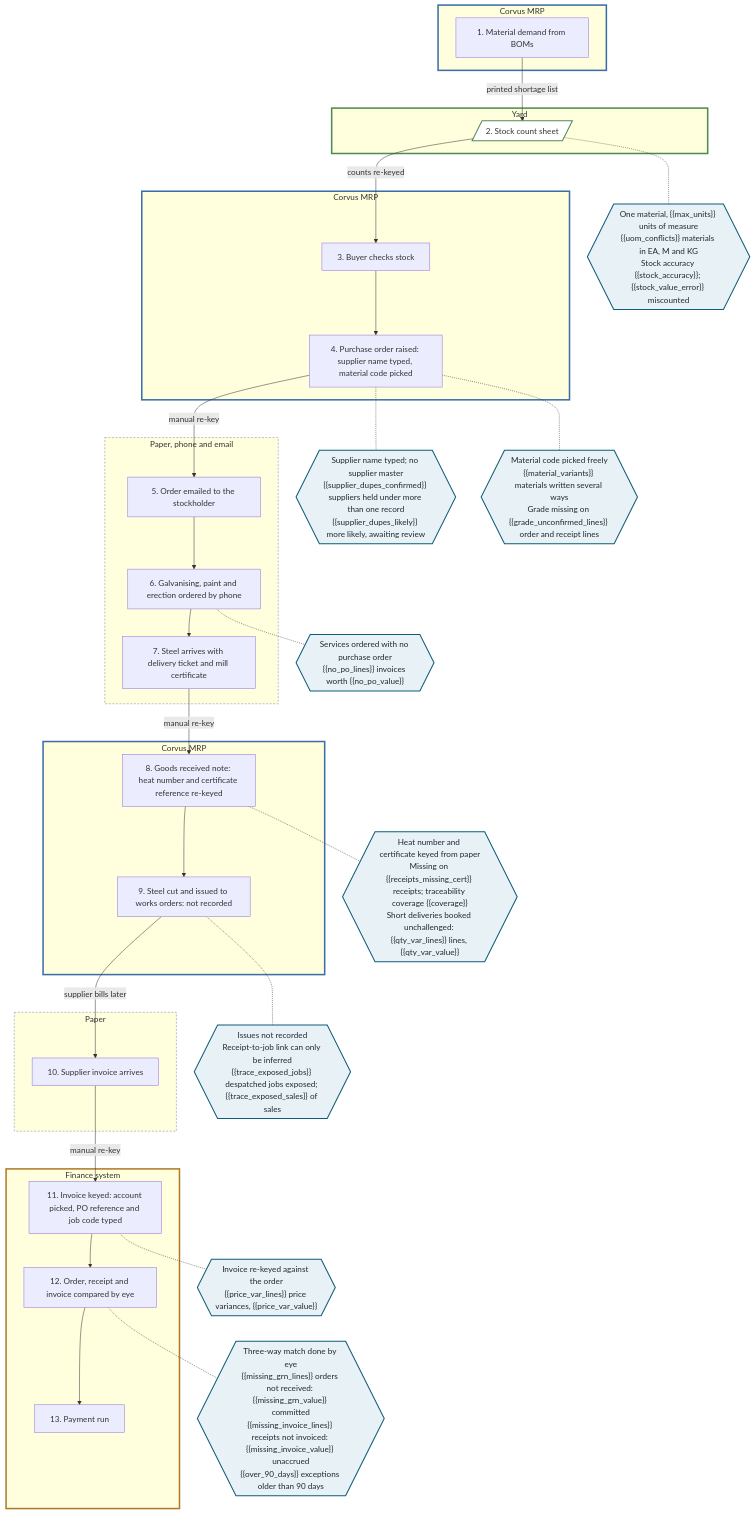
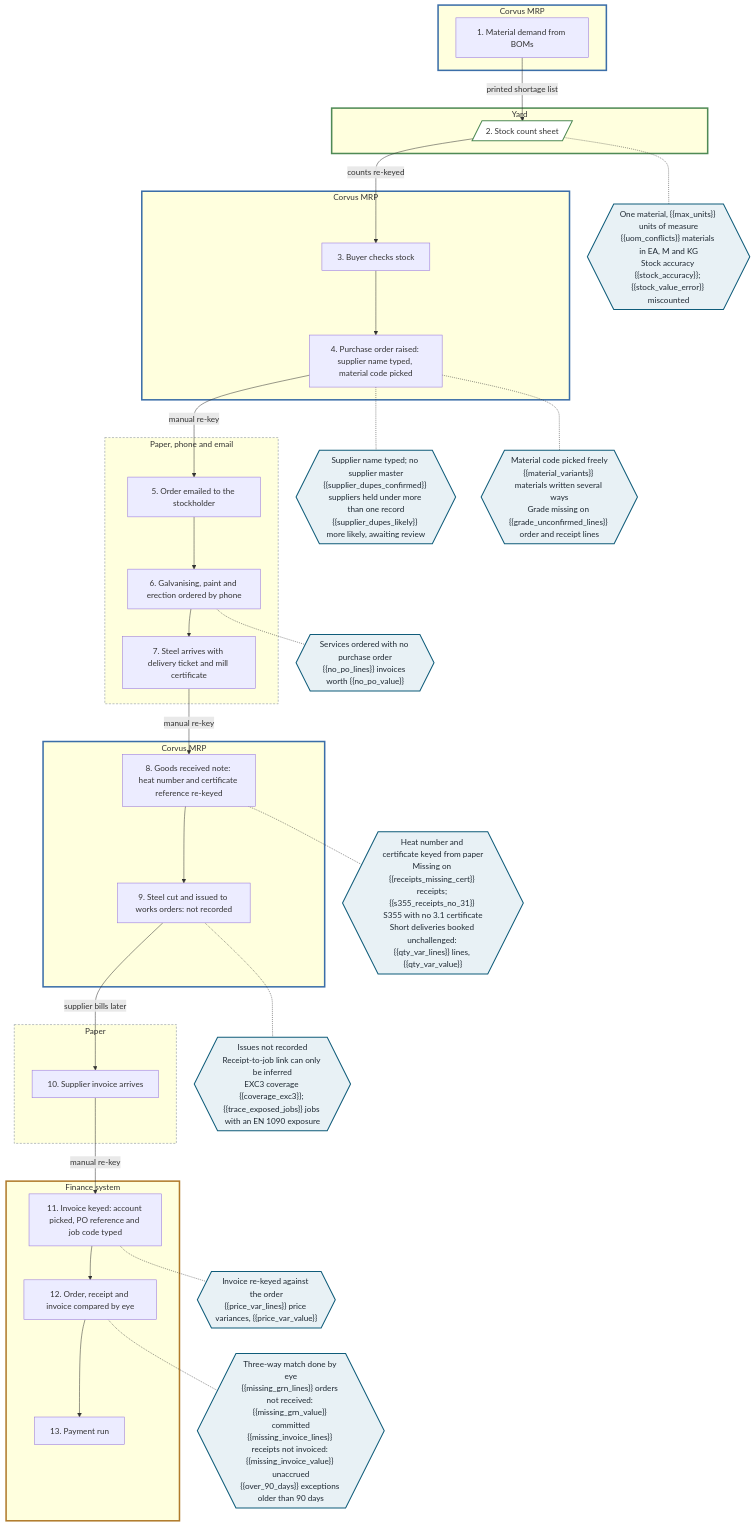
The diagram in docs/diagrams/templates/as-is-procure-to-pay.mmd (Noyalg5/fabsync), drawn with Mermaid before and after one commit. The commit also changed 46 other files, not shown here.

```diff
--- a/docs/diagrams/templates/as-is-procure-to-pay.mmd
+++ b/docs/diagrams/templates/as-is-procure-to-pay.mmd
@@ -1,75 +1,75 @@
 %% AS-IS procure to pay. Demonstration prototype: all data is synthetic.
 %% Steps run top to bottom. Each box is a system boundary; a new box opens every time the work
 %% crosses into another system. Figures in the break points are measured by the FabSync
 %% reconciliation of the synthetic data.
 flowchart TB
   subgraph CO1["Corvus MRP"]
     K1["1. Material demand from BOMs"]
   end
   subgraph YA1["Yard"]
     Y1[/"2. Stock count sheet"/]
   end
   subgraph CO2["Corvus MRP"]
     K2["3. Buyer checks stock"]
     K3["4. Purchase order raised: supplier name typed, material code picked"]
   end
   subgraph PA1["Paper, phone and email"]
     X1["5. Order emailed to the stockholder"]
     X2["6. Galvanising, paint and erection ordered by phone"]
     X3["7. Steel arrives with delivery ticket and mill certificate"]
   end
   subgraph CO3["Corvus MRP"]
     K4["8. Goods received note: heat number and certificate reference re-keyed"]
     K5["9. Steel cut and issued to works orders: not recorded"]
   end
   subgraph PA2["Paper"]
     X4["10. Supplier invoice arrives"]
   end
   subgraph FI1["Finance system"]
     F1["11. Invoice keyed: account picked, PO reference and job code typed"]
     F2["12. Order, receipt and invoice compared by eye"]
     F3["13. Payment run"]
   end
 
   K1 -- "printed shortage list" --> Y1
   Y1 -- "counts re-keyed" --> K2
   K2 --> K3
   K3 -- "manual re-key" --> X1
   X1 --> X2
   X2 --> X3
   X3 -- "manual re-key" --> K4
   K4 --> K5
   K5 -- "supplier bills later" --> X4
   X4 -- "manual re-key" --> F1
   F1 --> F2
   F2 --> F3
 
   B3{{"One material, {{max_units}} units of measure<br/>{{uom_conflicts}} materials in EA, M and KG<br/>Stock accuracy {{stock_accuracy}}; {{stock_value_error}} miscounted"}}
   B1{{"Supplier name typed; no supplier master<br/>{{supplier_dupes_confirmed}} suppliers held under more than one record<br/>{{supplier_dupes_likely}} more likely, awaiting review"}}
   B2{{"Material code picked freely<br/>{{material_variants}} materials written several ways<br/>Grade missing on {{grade_unconfirmed_lines}} order and receipt lines"}}
   B4{{"Services ordered with no purchase order<br/>{{no_po_lines}} invoices worth {{no_po_value}}"}}
-  B5{{"Heat number and certificate keyed from paper<br/>Missing on {{receipts_missing_cert}} receipts; traceability coverage {{coverage}}<br/>Short deliveries booked unchallenged: {{qty_var_lines}} lines, {{qty_var_value}}"}}
-  B6{{"Issues not recorded<br/>Receipt-to-job link can only be inferred<br/>{{trace_exposed_jobs}} despatched jobs exposed; {{trace_exposed_sales}} of sales"}}
+  B5{{"Heat number and certificate keyed from paper<br/>Missing on {{receipts_missing_cert}} receipts; {{s355_receipts_no_31}} S355 with no 3.1 certificate<br/>Short deliveries booked unchallenged: {{qty_var_lines}} lines, {{qty_var_value}}"}}
+  B6{{"Issues not recorded<br/>Receipt-to-job link can only be inferred<br/>EXC3 coverage {{coverage_exc3}}; {{trace_exposed_jobs}} jobs with an EN 1090 exposure"}}
   B8{{"Invoice re-keyed against the order<br/>{{price_var_lines}} price variances, {{price_var_value}}"}}
   B9{{"Three-way match done by eye<br/>{{missing_grn_lines}} orders not received: {{missing_grn_value}} committed<br/>{{missing_invoice_lines}} receipts not invoiced: {{missing_invoice_value}} unaccrued<br/>{{over_90_days}} exceptions older than 90 days"}}
 
   Y1 -.- B3
   K3 -.- B1
   K3 -.- B2
   X2 -.- B4
   K4 -.- B5
   K5 -.- B6
   F1 -.- B8
   F2 -.- B9
 
   classDef brk fill:#E8F1F5,stroke:#0F5C7A,stroke-width:2px,color:#1F2933
   classDef sheet fill:#FFFFFF,stroke:#4F8A55,stroke-width:2px
   class B1,B2,B3,B4,B5,B6,B8,B9 brk
   class Y1 sheet
   style CO1 stroke:#3B6EA8,stroke-width:3px
   style CO2 stroke:#3B6EA8,stroke-width:3px
   style CO3 stroke:#3B6EA8,stroke-width:3px
   style FI1 stroke:#B07A2A,stroke-width:3px
   style YA1 stroke:#4F8A55,stroke-width:3px
   style PA1 stroke:#7B8794,stroke-dasharray:4 3
   style PA2 stroke:#7B8794,stroke-dasharray:4 3
```
